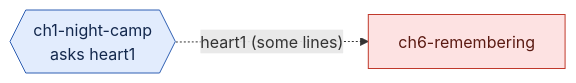
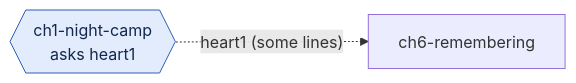
One commit to damicoedoardo/calisthenics-quest changed the tenth of 17 diagrams in src/story/graph.md. Above: the diagram before and after it, drawn with Mermaid. The commit also changed other lines of this file and 14 other files, not shown here.

First line of the commit message:
Story catches up when a boss falls early, and the graph test holds it

````diff
--- a/src/story/graph.md
+++ b/src/story/graph.md
@@ -267,11 +203,10 @@
 ```mermaid
 flowchart LR
   ch1_night_camp{{"ch1-night-camp<br/>asks heart1"}}
   ch1_night_camp -.->|"heart1 (some lines)"| ch6_remembering["ch6-remembering"]
   classDef lost fill:#fde2e2,stroke:#c0392b,color:#5b1a12
   classDef only fill:#fdf1d6,stroke:#c98a10,color:#4a3305
   classDef ask fill:#e2ecfd,stroke:#2f5fb3,color:#13284d
   classDef done fill:#e3f6e5,stroke:#2e8b3e,color:#123d19
   class ch1_night_camp ask
-  class ch6_remembering lost
 ```
````
